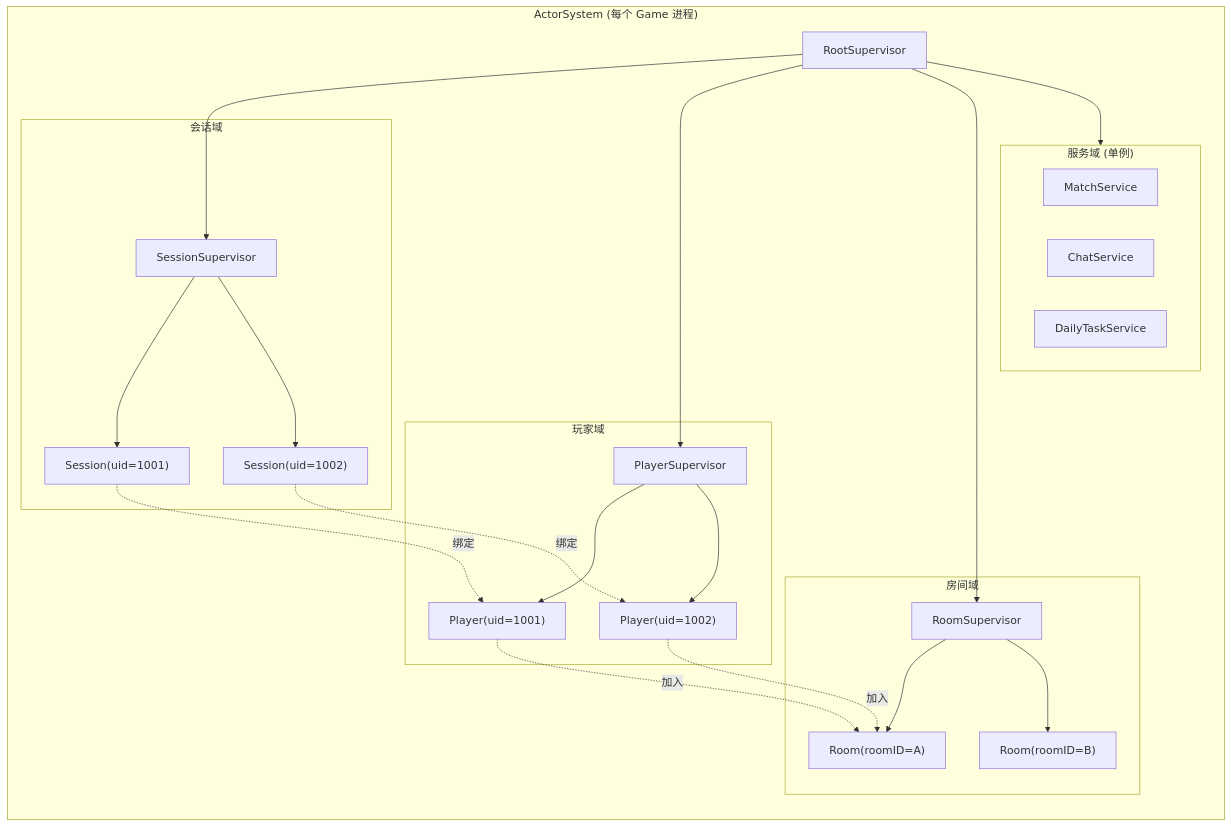
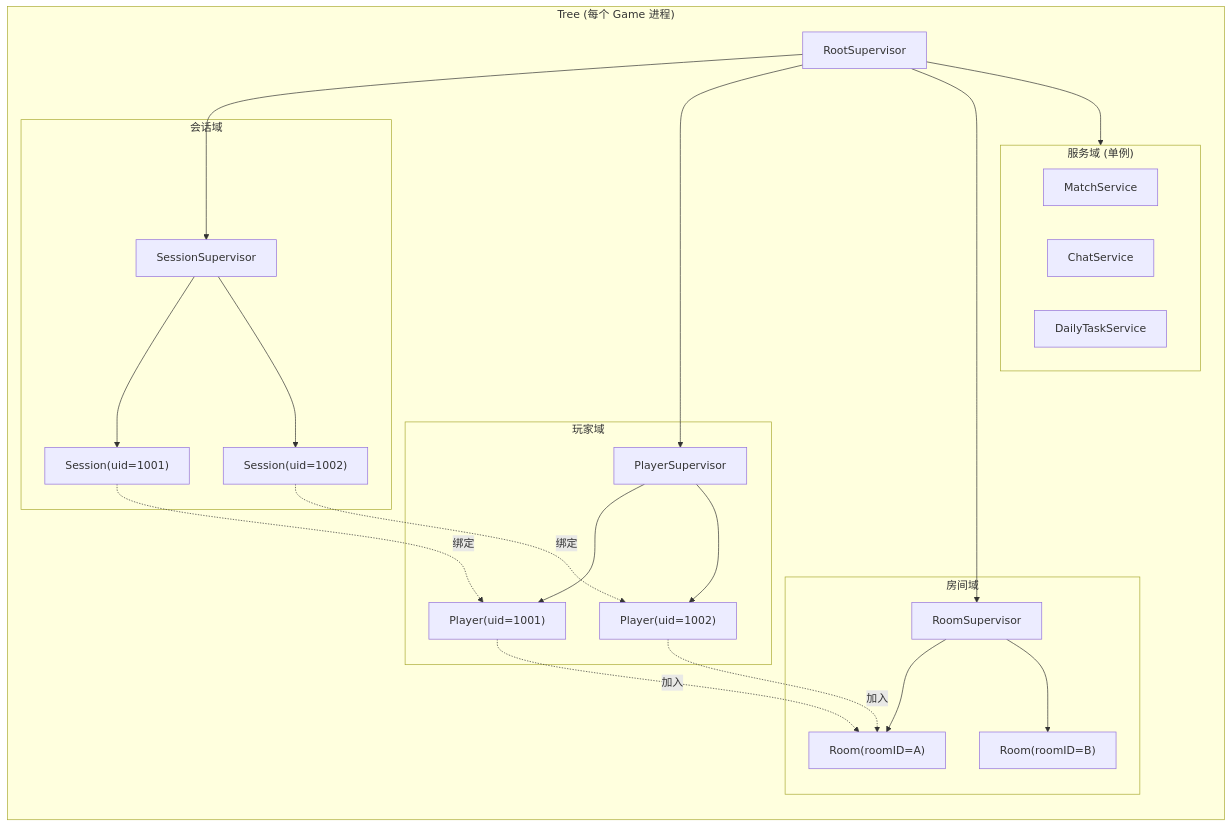
Before and after one commit to gogu-x/gogs: the fourth of 5 diagrams in docs/ARCHITECTURE_REVIEW.md, drawn with Mermaid. The commit also changed other lines of this file and 53 other files, not shown here.

````diff
--- a/docs/ARCHITECTURE_REVIEW.md
+++ b/docs/ARCHITECTURE_REVIEW.md
@@ -298,46 +298,46 @@
 ```mermaid
 flowchart LR
-    subgraph SystemRoot["ActorSystem (每个 Game 进程)"]
+    subgraph SystemRoot["Tree (每个 Game 进程)"]
         ROOT["RootSupervisor"]
 
         subgraph Sessions["会话域"]
             SS["SessionSupervisor"]
             SES1["Session(uid=1001)"]
             SES2["Session(uid=1002)"]
             SS --> SES1
             SS --> SES2
         end
 
         subgraph Players["玩家域"]
             PS["PlayerSupervisor"]
             PA1["Player(uid=1001)"]
             PA2["Player(uid=1002)"]
             PS --> PA1
             PS --> PA2
         end
 
         subgraph Rooms["房间域"]
             RS["RoomSupervisor"]
             R1["Room(roomID=A)"]
             R2["Room(roomID=B)"]
             RS --> R1
             RS --> R2
         end
 
         subgraph Services["服务域 (单例)"]
             MATCH["MatchService"]
             CHAT["ChatService"]
             DAILY["DailyTaskService"]
         end
 
         ROOT --> SS
         ROOT --> PS
         ROOT --> RS
         ROOT --> Services
 
         SES1 -.绑定.-> PA1
         SES2 -.绑定.-> PA2
         PA1 -.加入.-> R1
         PA2 -.加入.-> R1
     end
 ```
````
